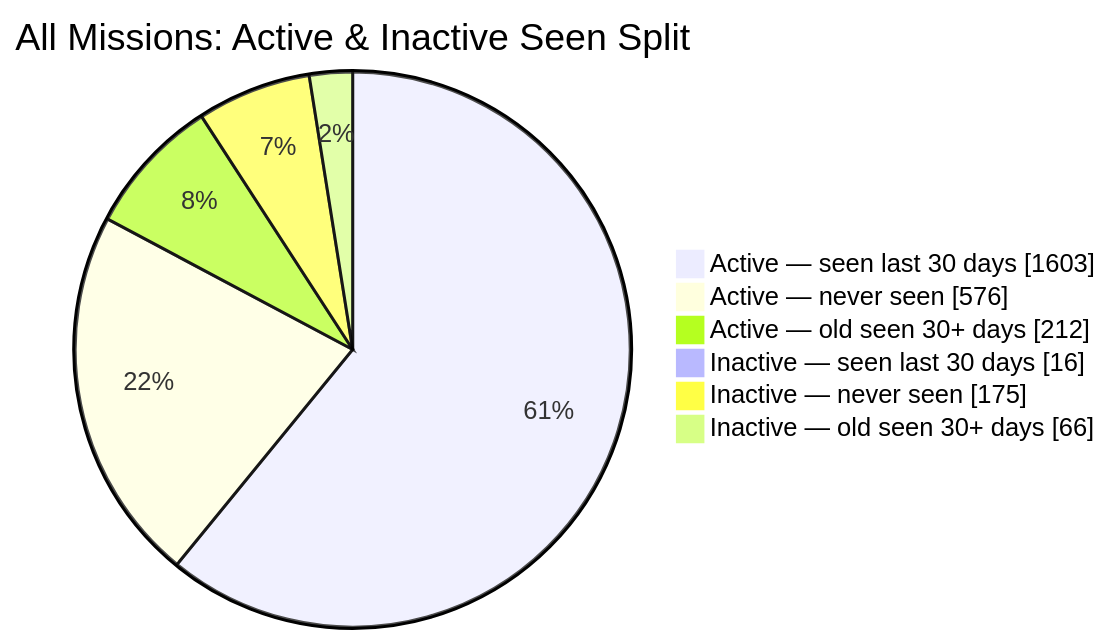
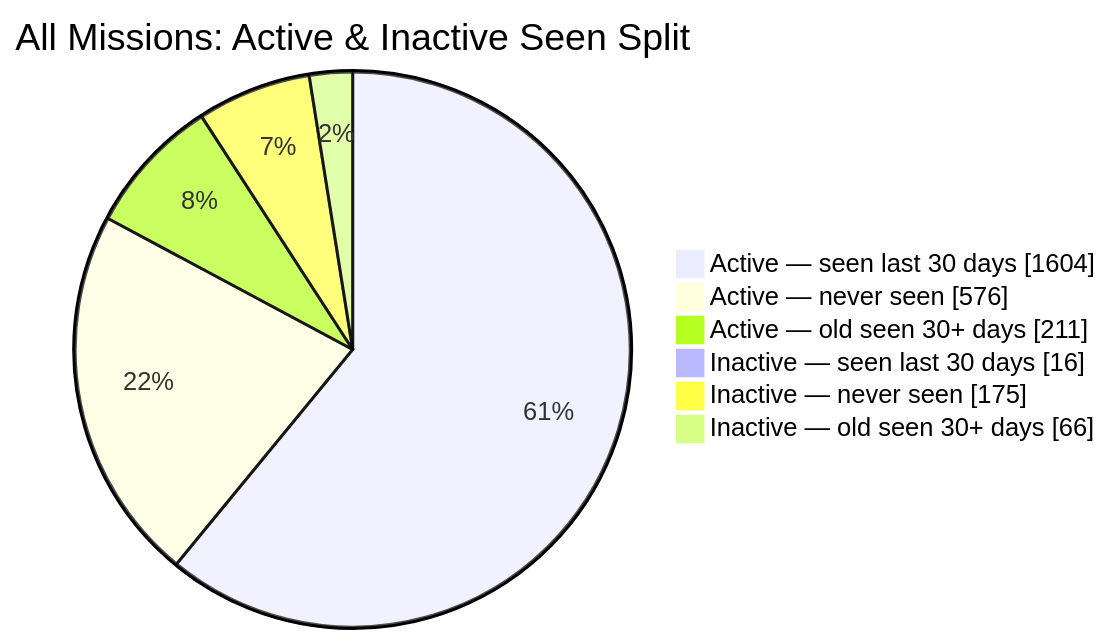
Before and after one commit to MeldkamerspelGameTeam/active-missions: the second of 2 diagrams in README.md, drawn with Mermaid. The commit also changed other lines of this file and 2 other files, not shown here.

````diff
--- a/README.md
+++ b/README.md
@@ -44,10 +44,10 @@
 ```mermaid
 pie showData
     title All Missions: Active & Inactive Seen Split
-    "Active — seen last 30 days" : 1603
+    "Active — seen last 30 days" : 1604
     "Active — never seen" : 576
-    "Active — old seen 30+ days" : 212
+    "Active — old seen 30+ days" : 211
     "Inactive — seen last 30 days" : 16
     "Inactive — never seen" : 175
     "Inactive — old seen 30+ days" : 66
 ```
````
